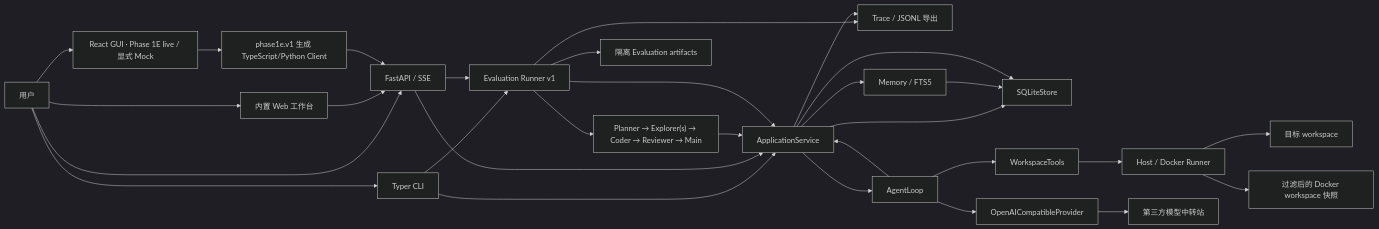
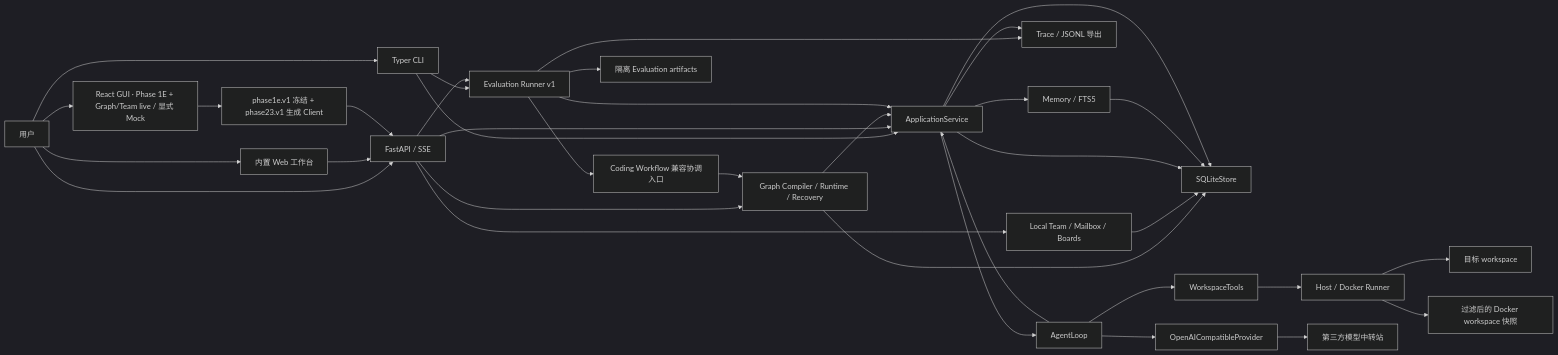
The first of 4 diagrams in docs/PROJECT_ARCHITECTURE.md (PinelliaChill/Operant), drawn with Mermaid (dark theme) before and after one commit. The commit also changed other lines of this file and 43 other files, not shown here.

Commit message:
feat: add graph and local team runtimes

````diff
--- a/docs/PROJECT_ARCHITECTURE.md
+++ b/docs/PROJECT_ARCHITECTURE.md
@@ -150,53 +193,60 @@
 ```mermaid
 flowchart LR
     User["用户"]
     CLI["Typer CLI"]
     API["FastAPI / SSE"]
     Web["内置 Web 工作台"]
-    GUI["React GUI · Phase 1E live / 显式 Mock"]
-    SDK["phase1e.v1 生成 TypeScript/Python Client"]
-    Workflow["Planner → Explorer(s) → Coder → Reviewer → Main"]
+    GUI["React GUI · Phase 1E + Graph/Team live / 显式 Mock"]
+    SDK["phase1e.v1 冻结 + phase23.v1 生成 Client"]
+    Graph["Graph Compiler / Runtime / Recovery"]
+    Team["Local Team / Mailbox / Boards"]
+    Workflow["Coding Workflow 兼容协调入口"]
     Evaluation["Evaluation Runner v1"]
     Service["ApplicationService"]
     Store["SQLiteStore"]
     Trace["Trace / JSONL 导出"]
     Memory["Memory / FTS5"]
     Loop["AgentLoop"]
     Provider["OpenAICompatibleProvider"]
     Tools["WorkspaceTools"]
     Runner["Host / Docker Runner"]
     Snapshot["过滤后的 Docker workspace 快照"]
     Relay["第三方模型中转站"]
     Workspace["目标 workspace"]
     Artifacts["隔离 Evaluation artifacts"]
 
     User --> CLI
     User --> API
     User --> Web
     User --> GUI
     Web --> API
     GUI --> SDK
     SDK --> API
+    API --> Graph
+    API --> Team
     CLI --> Service
     API --> Service
-    Workflow --> Service
+    Workflow --> Graph
+    Graph --> Service
+    Graph --> Store
+    Team --> Store
     CLI --> Evaluation
     API --> Evaluation
     Evaluation --> Service
     Evaluation --> Workflow
     Evaluation --> Trace
     Evaluation --> Artifacts
     Service --> Store
     Service --> Trace
     Service --> Memory
     Memory --> Store
     Service --> Loop
     Loop --> Provider
     Provider --> Relay
     Loop --> Tools
     Tools --> Runner
     Runner --> Workspace
     Runner --> Snapshot
     Loop --> Service
     Service --> Store
 ```
````
